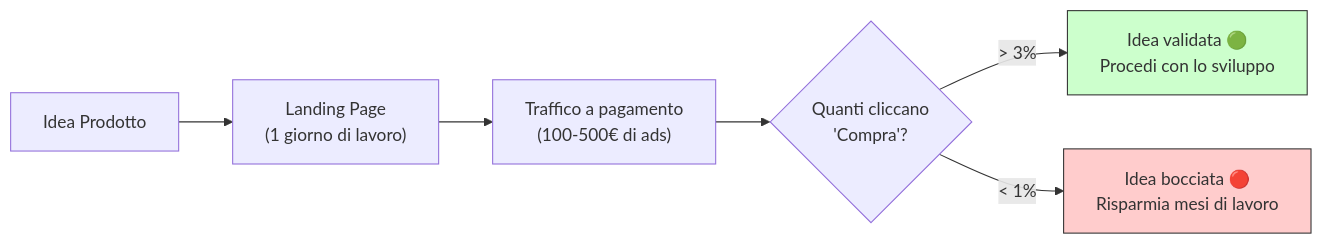
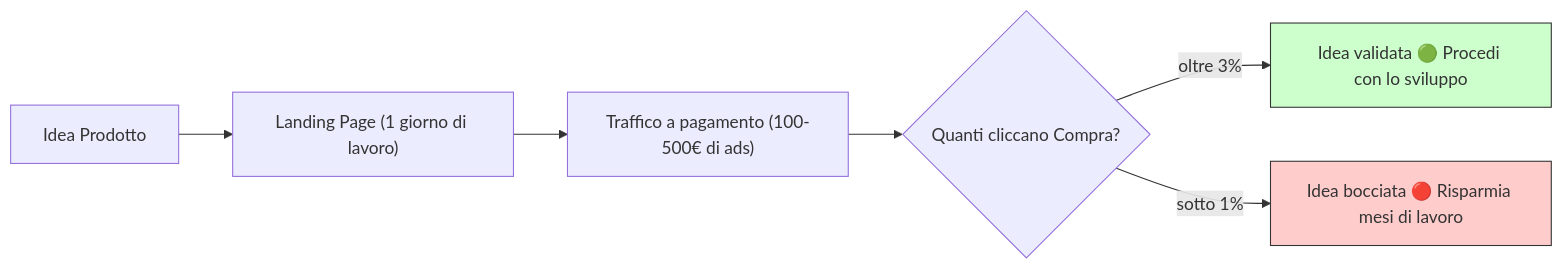
The diagram in src/content/blog/ricerche-mercato-rock.mdx (AndreyBertasini/gynnitech), drawn with Mermaid before and after one commit. The commit also changed 11 other files, not shown here.

First line of the commit message:
fix(blog): fix mermaid syntax errors for v11.12.2 compatibility

````diff
--- a/src/content/blog/ricerche-mercato-rock.mdx
+++ b/src/content/blog/ricerche-mercato-rock.mdx
@@ -42,11 +42,11 @@
 ```mermaid
 graph LR
-    A[Idea Prodotto] --> B["Landing Page<br>(1 giorno di lavoro)"]
-    B --> C["Traffico a pagamento<br>(100-500€ di ads)"]
-    C --> D{"Quanti cliccano<br>'Compra'?"}
-    D -- "> 3%" --> E["Idea validata 🟢<br>Procedi con lo sviluppo"]
-    D -- "< 1%" --> F["Idea bocciata 🔴<br>Risparmia mesi di lavoro"]
+    A[Idea Prodotto] --> B["Landing Page (1 giorno di lavoro)"]
+    B --> C["Traffico a pagamento (100-500€ di ads)"]
+    C --> D{"Quanti cliccano Compra?"}
+    D -- "oltre 3%" --> E["Idea validata 🟢 Procedi con lo sviluppo"]
+    D -- "sotto 1%" --> F["Idea bocciata 🔴 Risparmia mesi di lavoro"]
     
     style E fill:#ccffcc,stroke:#333
     style F fill:#ffcccc,stroke:#333
 ```
````
